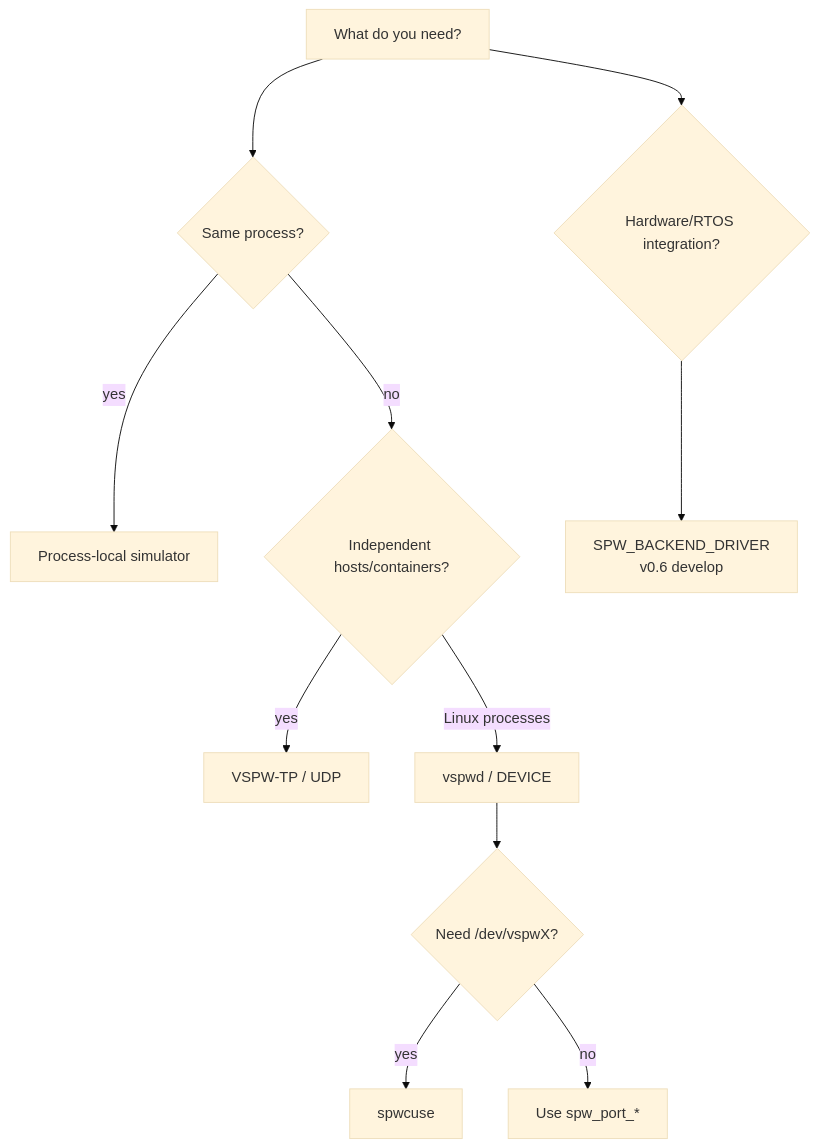
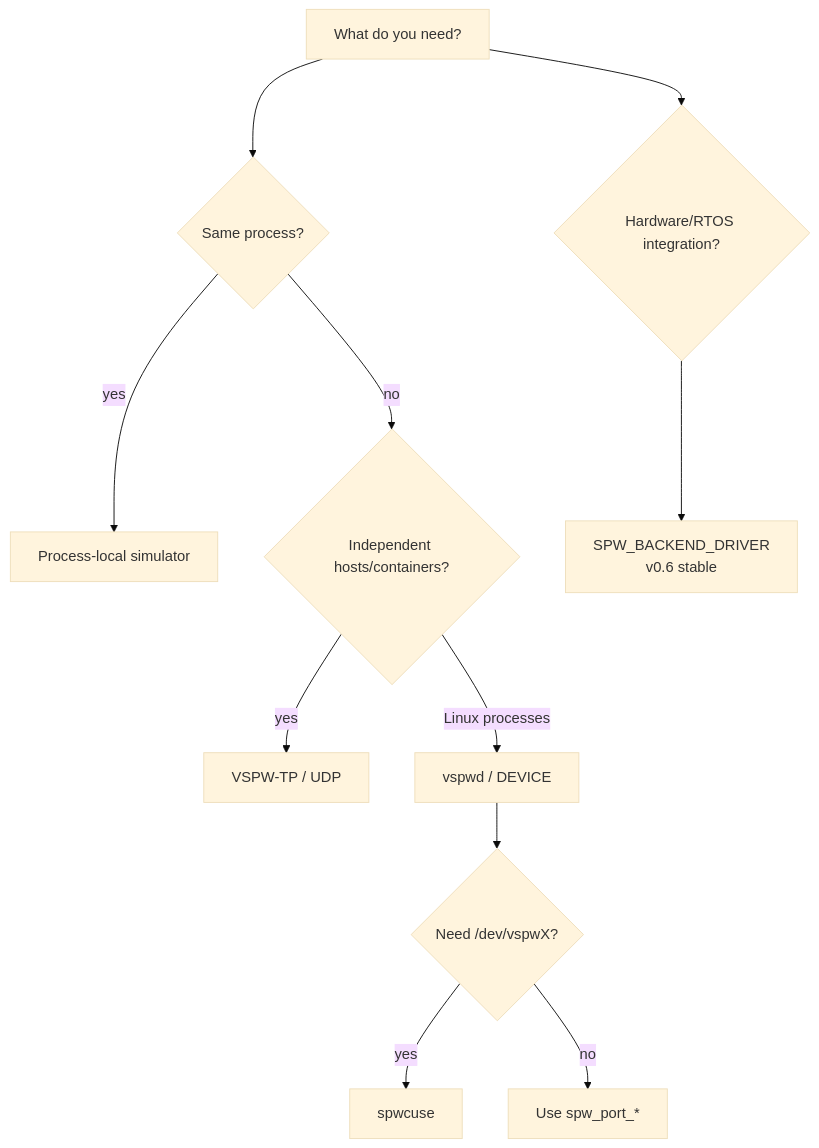
The first of 4 diagrams in docs/getting-started.md (ExoSpaceLabs/spwkit), drawn with Mermaid (base theme) before and after one commit. The commit also changed other lines of this file, not shown here.

````diff
--- a/docs/getting-started.md
+++ b/docs/getting-started.md
@@ -7,13 +7,13 @@
 ```mermaid
 flowchart TD
     START[What do you need?] --> LOCAL{Same process?}
     LOCAL -->|yes| SIM[Process-local simulator]
     LOCAL -->|no| HOST{Independent hosts/containers?}
     HOST -->|yes| UDP[VSPW-TP / UDP]
     HOST -->|Linux processes| DEV[vspwd / DEVICE]
     DEV --> NODE{Need /dev/vspwX?}
     NODE -->|yes| CUSE[spwcuse]
     NODE -->|no| API[Use spw_port_*]
     START --> HW{Hardware/RTOS integration?}
-    HW --> DRIVER[SPW_BACKEND_DRIVER<br/>v0.6 develop]
+    HW --> DRIVER[SPW_BACKEND_DRIVER<br/>v0.6 stable]
 ```
````
